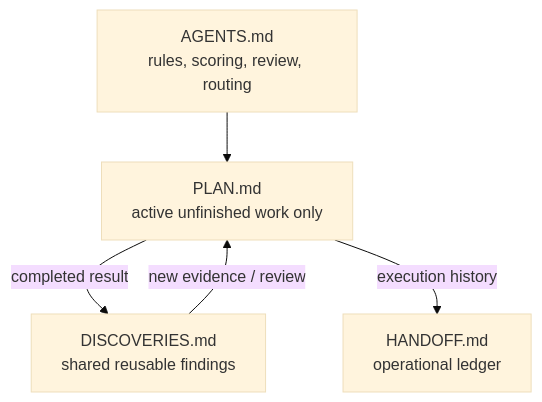
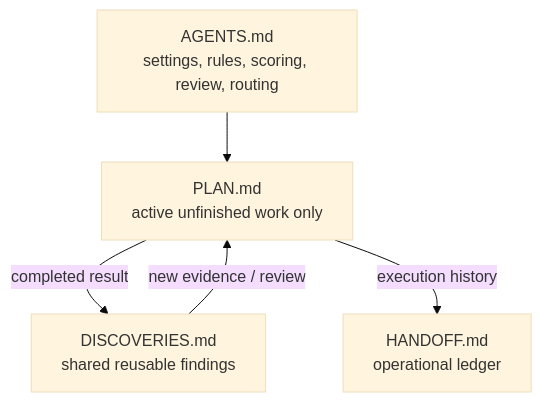
Before and after one commit to TaeyanG4/research-orchestrator-skill: the second of 3 diagrams in README.md, drawn with Mermaid (base theme). The commit also changed other lines of this file and 19 other files, not shown here.

````diff
--- a/README.md
+++ b/README.md
@@ -49,12 +51,12 @@
 ```mermaid
 flowchart TD
-    A[AGENTS.md<br/>rules, scoring, review, routing]
+    A[AGENTS.md<br/>settings, rules, scoring, review, routing]
     P[PLAN.md<br/>active unfinished work only]
     D[DISCOVERIES.md<br/>shared reusable findings]
     H[HANDOFF.md<br/>operational ledger]
 
     A --> P
     P -->|completed result| D
     P -->|execution history| H
     D -->|new evidence / review| P
 ```
````
